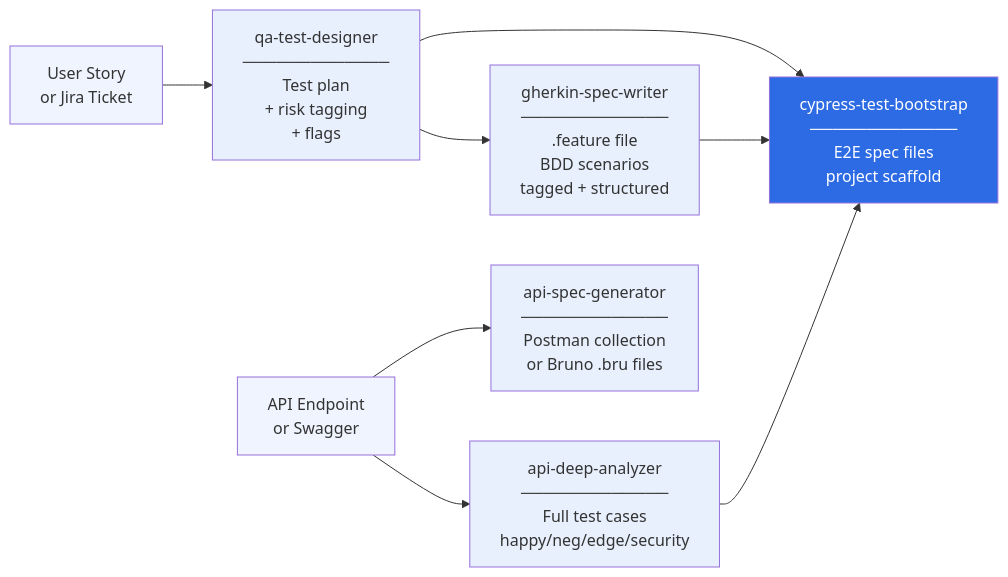
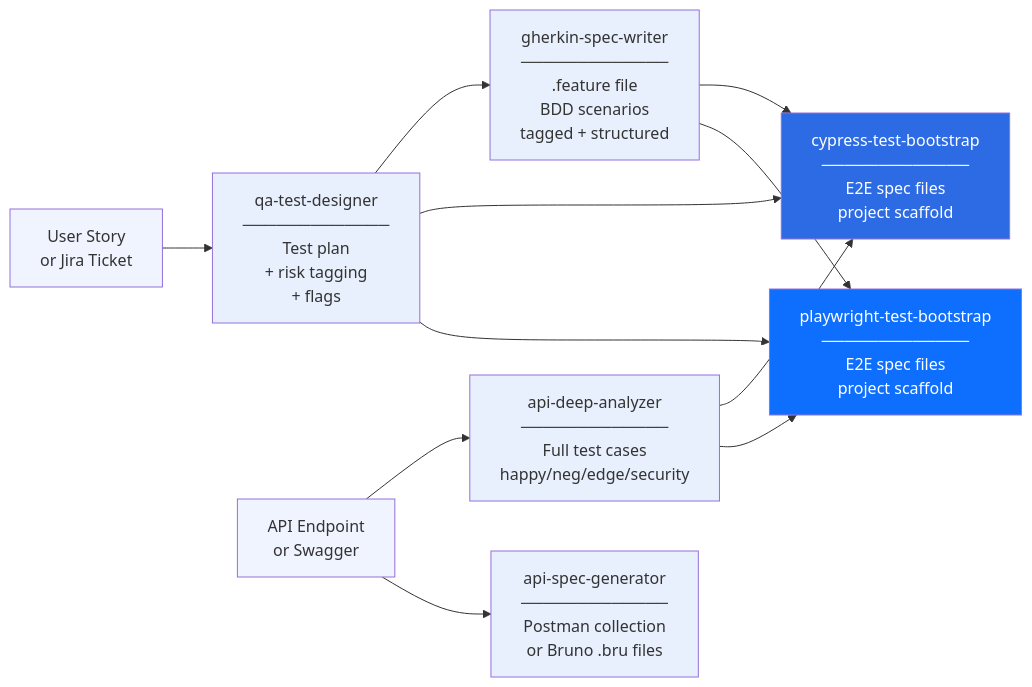
The sixth of 6 diagrams in docs/architecture.md (mahmoumaima/QIOS), drawn with Mermaid before and after one commit. The commit also changed other lines of this file and 16 other files, not shown here.

Commit message:
feat(skills): add Playwright test bootstrap

````diff
--- a/docs/architecture.md
+++ b/docs/architecture.md
@@ -182,20 +187,44 @@
 ```mermaid
 flowchart LR
-    US["User Story\nor Jira Ticket"] --> QTD["qa-test-designer\n─────────────\nTest plan\n+ risk tagging\n+ flags"]
+    US["User Story
+or Jira Ticket"] --> QTD["qa-test-designer
+─────────────
+Test plan
++ risk tagging
++ flags"]
 
-    QTD --> GSW["gherkin-spec-writer\n─────────────\n.feature file\nBDD scenarios\ntagged + structured"]
+    QTD --> GSW["gherkin-spec-writer
+─────────────
+.feature file
+BDD scenarios
+tagged + structured"]
 
-    EP["API Endpoint\nor Swagger"] --> ADA["api-deep-analyzer\n─────────────\nFull test cases\nhappy/neg/edge/security"]
+    EP["API Endpoint
+or Swagger"] --> ADA["api-deep-analyzer
+─────────────
+Full test cases
+happy/neg/edge/security"]
 
-    EP --> ASG["api-spec-generator\n─────────────\nPostman collection\nor Bruno .bru files"]
+    EP --> ASG["api-spec-generator
+─────────────
+Postman collection
+or Bruno .bru files"]
 
-    QTD & GSW & ADA --> CTB["cypress-test-bootstrap\n─────────────\nE2E spec files\nproject scaffold"]
+    QTD & GSW & ADA --> CTB["cypress-test-bootstrap
+─────────────
+E2E spec files
+project scaffold"]
+    QTD & GSW & ADA --> PTB["playwright-test-bootstrap
+─────────────
+E2E spec files
+project scaffold"]
 
     style US fill:#F0F4FF
     style EP fill:#F0F4FF
     style QTD fill:#E8F0FE
     style GSW fill:#E8F0FE
     style ADA fill:#E8F0FE
     style ASG fill:#E8F0FE
     style CTB fill:#2D6BE4,color:#fff
+    style PTB fill:#0E6FFF,color:#fff
 ```
````
